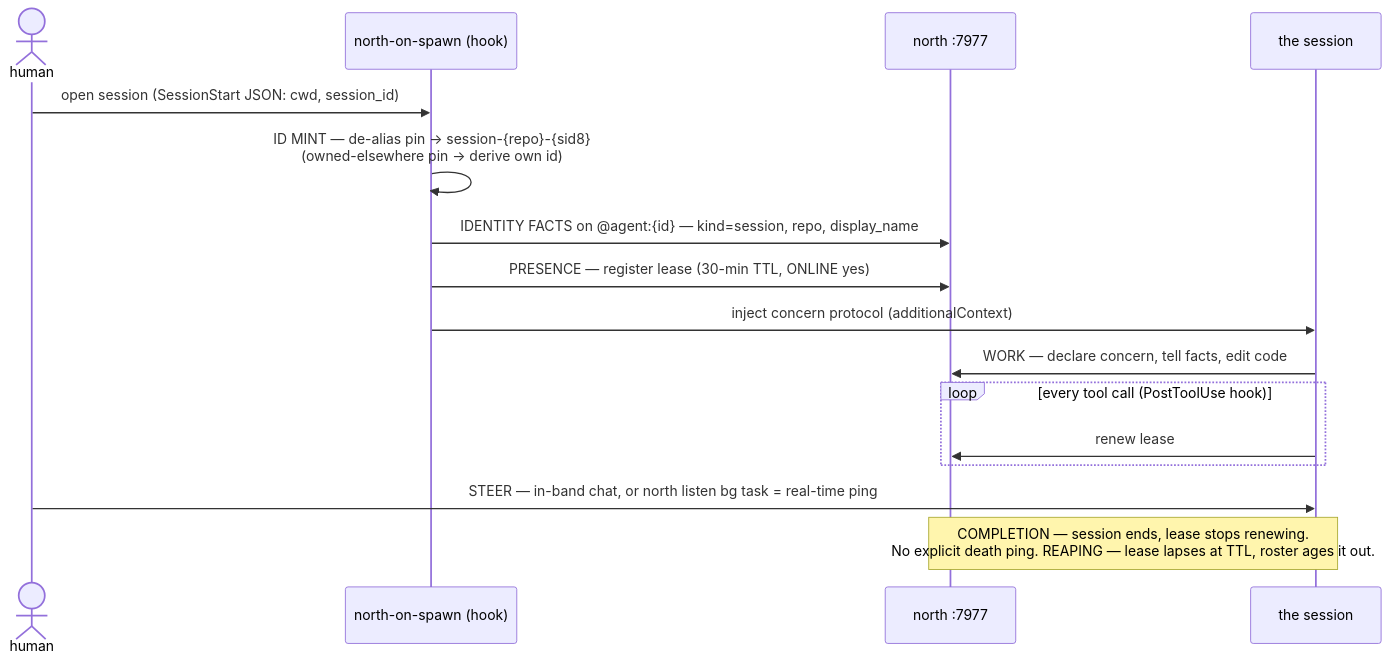
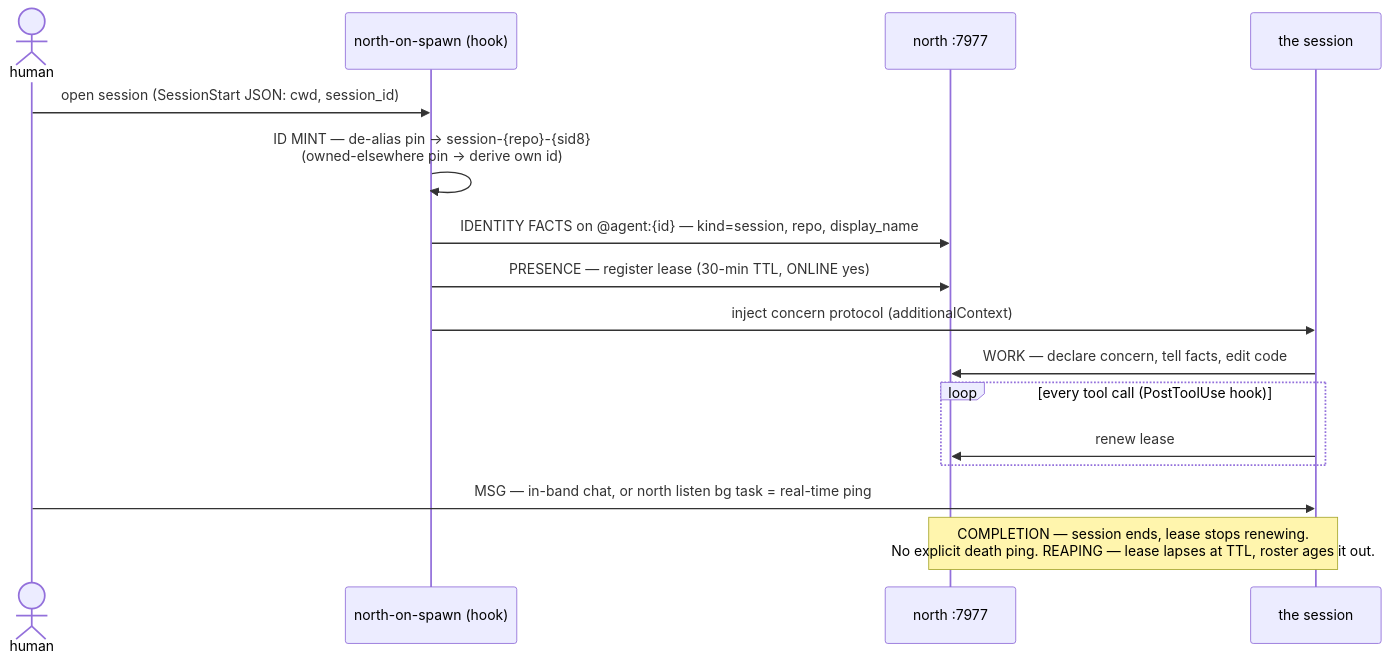
One commit to tompassarelli/north changed the third of 10 diagrams in docs/workflow-map.md. Above: the diagram before and after it, drawn with Mermaid. The commit also changed other lines of this file and 6 other files, not shown here.

````diff
--- a/docs/workflow-map.md
+++ b/docs/workflow-map.md
@@ -121,18 +121,18 @@
 ```mermaid
 sequenceDiagram
     actor H as human
     participant K as north-on-spawn (hook)
     participant T as north :7977
     participant S as the session
     H->>K: open session (SessionStart JSON: cwd, session_id)
     K->>K: ID MINT — de-alias pin → session-{repo}-{sid8}<br/>(owned-elsewhere pin → derive own id)
     K->>T: IDENTITY FACTS on @agent:{id} — kind=session, repo, display_name
     K->>T: PRESENCE — register lease (30-min TTL, ONLINE yes)
     K->>S: inject concern protocol (additionalContext)
     S->>T: WORK — declare concern, tell facts, edit code
     loop every tool call (PostToolUse hook)
         S->>T: renew lease
     end
-    H->>S: STEER — in-band chat, or north listen bg task = real-time ping
+    H->>S: MSG — in-band chat, or north listen bg task = real-time ping
     Note over S,T: COMPLETION — session ends, lease stops renewing.<br/>No explicit death ping. REAPING — lease lapses at TTL, roster ages it out.
 ```
````
